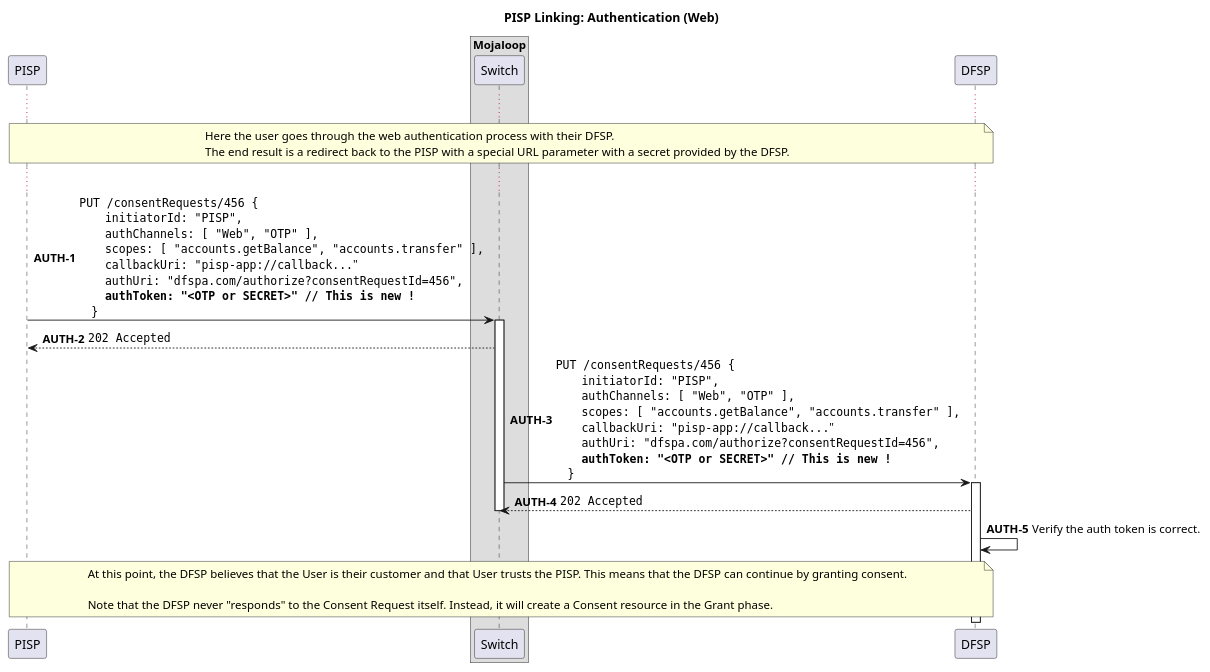
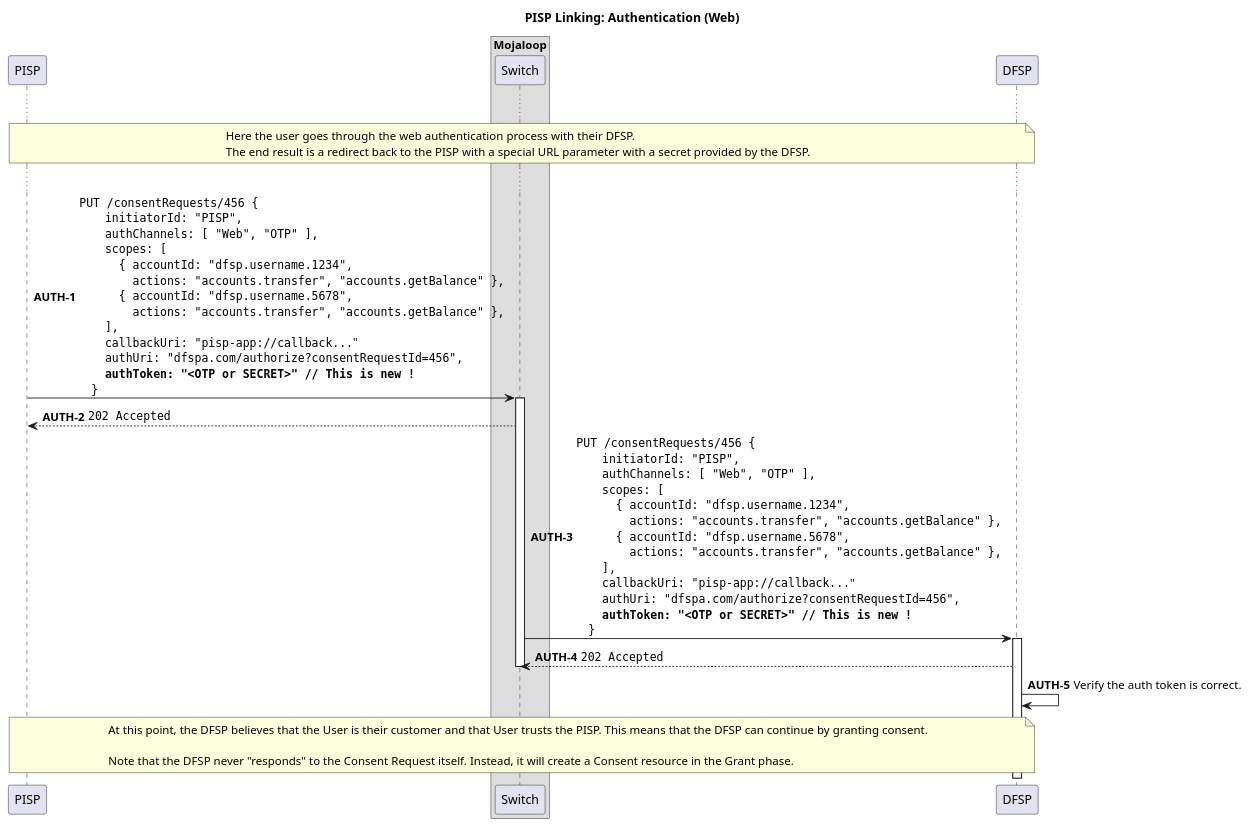
The diagram in docs/linking/3-authentication-web.puml (mojaloop/pisp-project), drawn with PlantUML before and after one commit. The commit also changed 6 other files, not shown here.

Commit message:
Updated sequence diagrams with proper scope structures.

```diff
--- a/docs/linking/3-authentication-web.puml
+++ b/docs/linking/3-authentication-web.puml
@@ -1,56 +1,66 @@
 @startuml
 
 title PISP Linking: Authentication (Web)
 
 participant "PISP" as PISP
 
 box "Mojaloop"
     participant Switch
 end box
 
 participant "DFSP" as DFSP
 
 autonumber 1 "<b>WEB-AUTH-#</b>"
 
 ...
 
 note over PISP, DFSP
   Here the user goes through the web authentication process with their DFSP.
   The end result is a redirect back to the PISP with a special URL parameter with a secret provided by the DFSP.
 end note
 
 ...
 
 autonumber 1 "<b>AUTH-#</b>"
 
 PISP -> Switch ++: ""PUT /consentRequests/456 {""\n\
     ""  initiatorId: "PISP",""\n\
     ""  authChannels: [ "Web", "OTP" ],""\n\
-    ""  scopes: [ "accounts.getBalance", "accounts.transfer" ],""\n\
+    ""  scopes: [ ""\n\
+    ""    { accountId: "dfsp.username.1234",""\n\
+    ""      actions: "accounts.transfer", "accounts.getBalance" },""\n\
+    ""    { accountId: "dfsp.username.5678",""\n\
+    ""      actions: "accounts.transfer", "accounts.getBalance" },""\n\
+    ""  ],""\n\
     ""  callbackUri: "pisp-app://callback..."""\n\
     ""  authUri: "dfspa.com/authorize?consentRequestId=456",""\n\
     ""  **authToken: "<OTP or SECRET>" // This is new !**""\n\
     ""}""
 Switch --> PISP: ""202 Accepted""
 deactivate PISP
 
 Switch -> DFSP ++: ""PUT /consentRequests/456 {""\n\
     ""  initiatorId: "PISP",""\n\
     ""  authChannels: [ "Web", "OTP" ],""\n\
-    ""  scopes: [ "accounts.getBalance", "accounts.transfer" ],""\n\
+    ""  scopes: [ ""\n\
+    ""    { accountId: "dfsp.username.1234",""\n\
+    ""      actions: "accounts.transfer", "accounts.getBalance" },""\n\
+    ""    { accountId: "dfsp.username.5678",""\n\
+    ""      actions: "accounts.transfer", "accounts.getBalance" },""\n\
+    ""  ],""\n\
     ""  callbackUri: "pisp-app://callback..."""\n\
     ""  authUri: "dfspa.com/authorize?consentRequestId=456",""\n\
     ""  **authToken: "<OTP or SECRET>" // This is new !**""\n\
     ""}""
 DFSP --> Switch: ""202 Accepted""
 deactivate Switch
 
 DFSP -> DFSP: Verify the auth token is correct.
 
 note over PISP, DFSP
   At this point, the DFSP believes that the User is their customer and that User trusts the PISP. This means that the DFSP can continue by granting consent.
 
   Note that the DFSP never "responds" to the Consent Request itself. Instead, it will create a Consent resource in the Grant phase.
 end note
 
 @enduml
```
